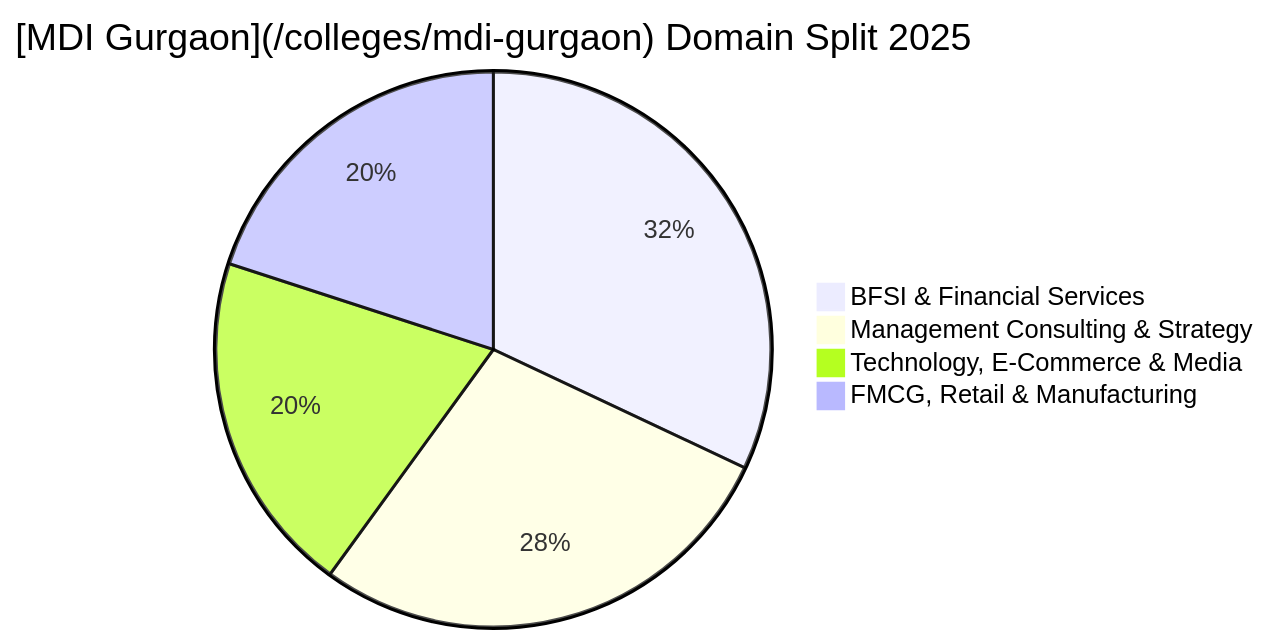
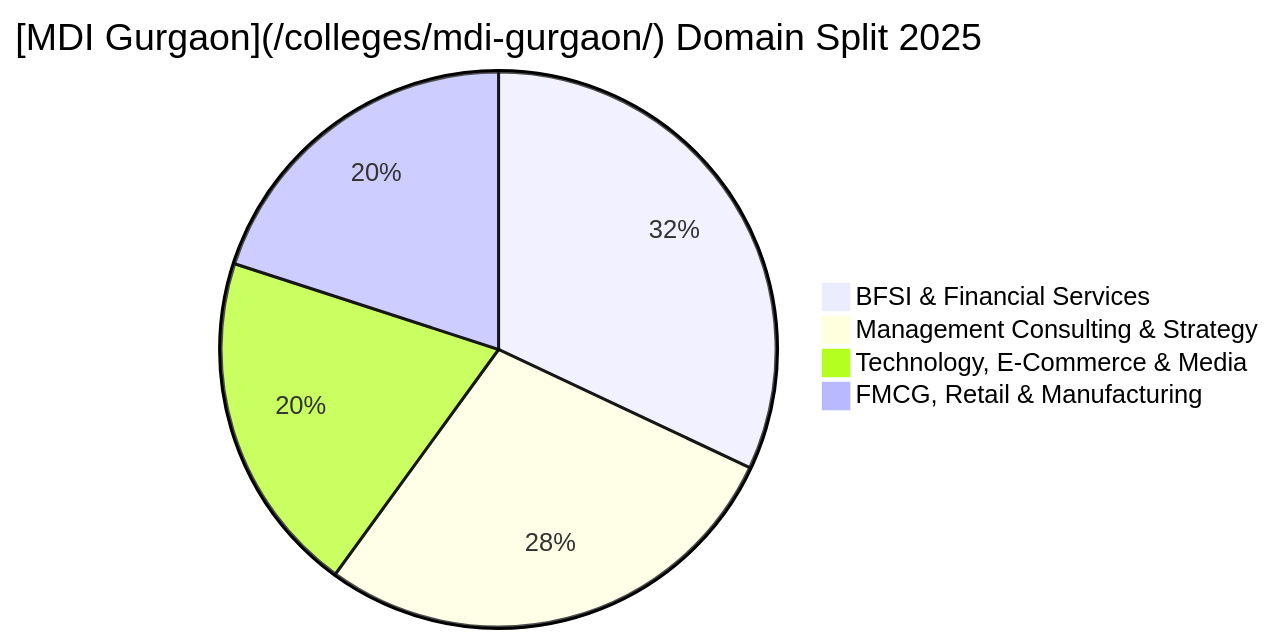
One commit to mohitjaincounsellingmba/careerwithmohit changed the diagram in posts/mdi-gurgaon-pgdm-placement-report-2027-29.md. Above: the diagram before and after it, drawn with Mermaid. The commit also changed other lines of this file and 2008 other files, not shown here.

````diff
--- a/posts/mdi-gurgaon-pgdm-placement-report-2027-29.md
+++ b/posts/mdi-gurgaon-pgdm-placement-report-2027-29.md
@@ -93,7 +93,7 @@
 ```mermaid
-pie title [MDI Gurgaon](/colleges/mdi-gurgaon) Domain Split 2025
+pie title [MDI Gurgaon](/colleges/mdi-gurgaon/) Domain Split 2025
     "BFSI & Financial Services" : 32
     "Management Consulting & Strategy" : 28
     "Technology, E-Commerce & Media" : 20
     "FMCG, Retail & Manufacturing" : 20
 ```
````
